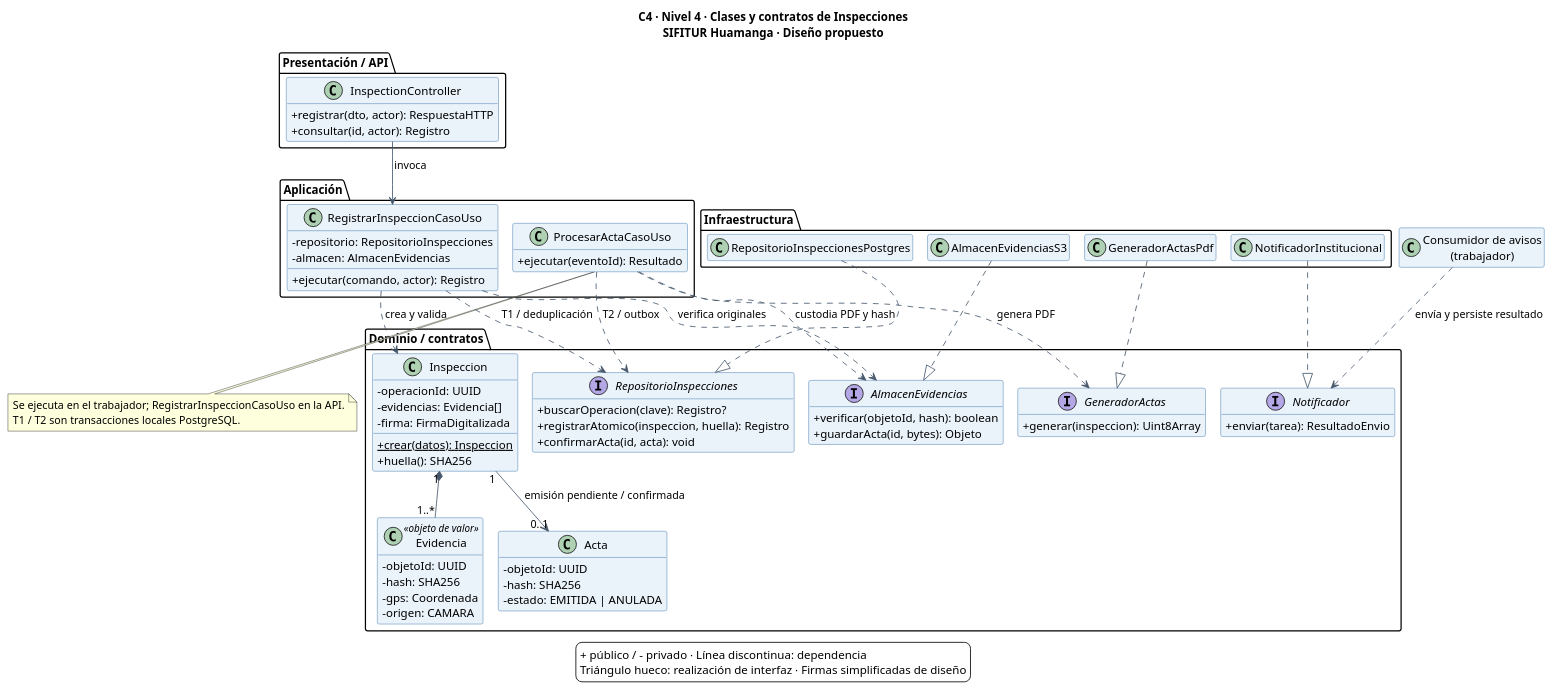
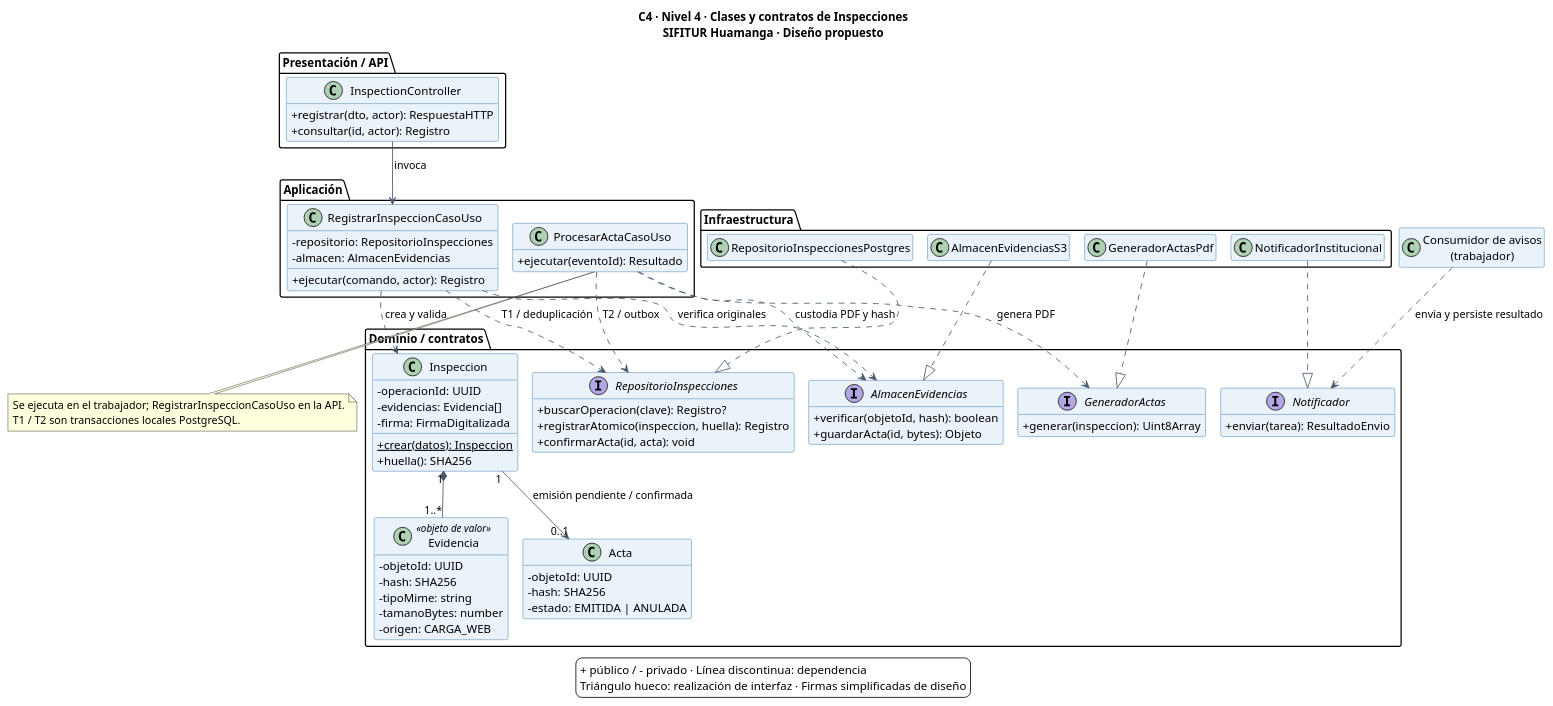
The diagram in diagrams/structurizr/nivel4-clases.puml (PoolDYer/entregableSPRINT01-jeanpoolkennerpalominomavila), drawn with PlantUML before and after one commit. The commit also changed 301 other files, not shown here.

Commit message:
docs: regenerar arquitectura y diagramas para alcance web

```diff
--- a/diagrams/structurizr/nivel4-clases.puml
+++ b/diagrams/structurizr/nivel4-clases.puml
@@ -1,90 +1,91 @@
 @startuml
 !pragma layout smetana
 title C4 · Nivel 4 · Clases y contratos de Inspecciones\nSIFITUR Huamanga · Diseño propuesto
 skinparam backgroundColor #FFFFFF
 skinparam classBackgroundColor #EAF2FA
 skinparam classBorderColor #2463A0
 skinparam ArrowColor #45576B
 skinparam classAttributeIconSize 0
 hide empty members
 package "Presentación / API" {
   class InspectionController {
     +registrar(dto, actor): RespuestaHTTP
     +consultar(id, actor): Registro
   }
 }
 package "Aplicación" {
   class RegistrarInspeccionCasoUso {
     -repositorio: RepositorioInspecciones
     -almacen: AlmacenEvidencias
     +ejecutar(comando, actor): Registro
   }
   class ProcesarActaCasoUso {
     +ejecutar(eventoId): Resultado
   }
 }
 package "Dominio / contratos" {
   class Inspeccion {
     -operacionId: UUID
     -evidencias: Evidencia[]
     -firma: FirmaDigitalizada
     +{static} crear(datos): Inspeccion
     +huella(): SHA256
   }
   class Evidencia <<objeto de valor>> {
     -objetoId: UUID
     -hash: SHA256
-    -gps: Coordenada
-    -origen: CAMARA
+    -tipoMime: string
+    -tamanoBytes: number
+    -origen: CARGA_WEB
   }
   class Acta {
     -objetoId: UUID
     -hash: SHA256
     -estado: EMITIDA | ANULADA
   }
   interface RepositorioInspecciones {
     +buscarOperacion(clave): Registro?
     +registrarAtomico(inspeccion, huella): Registro
     +confirmarActa(id, acta): void
   }
   interface AlmacenEvidencias {
     +verificar(objetoId, hash): boolean
     +guardarActa(id, bytes): Objeto
   }
   interface GeneradorActas {
     +generar(inspeccion): Uint8Array
   }
   interface Notificador {
     +enviar(tarea): ResultadoEnvio
   }
 }
 package "Infraestructura" {
   class RepositorioInspeccionesPostgres
   class AlmacenEvidenciasS3
   class GeneradorActasPdf
   class NotificadorInstitucional
 }
 class "Consumidor de avisos\n(trabajador)" as Avisos
 InspectionController --> RegistrarInspeccionCasoUso : invoca
 RegistrarInspeccionCasoUso ..> Inspeccion : crea y valida
 Inspeccion "1" *-- "1..*" Evidencia
 Inspeccion "1" --> "0..1" Acta : emisión pendiente / confirmada
 RegistrarInspeccionCasoUso ..> RepositorioInspecciones : T1 / deduplicación
 RegistrarInspeccionCasoUso ..> AlmacenEvidencias : verifica originales
 ProcesarActaCasoUso ..> RepositorioInspecciones : T2 / outbox
 ProcesarActaCasoUso ..> AlmacenEvidencias : custodia PDF y hash
 ProcesarActaCasoUso ..> GeneradorActas : genera PDF
 Avisos ..> Notificador : envía y persiste resultado
 RepositorioInspeccionesPostgres ..|> RepositorioInspecciones
 AlmacenEvidenciasS3 ..|> AlmacenEvidencias
 GeneradorActasPdf ..|> GeneradorActas
 NotificadorInstitucional ..|> Notificador
 note bottom of ProcesarActaCasoUso
   Se ejecuta en el trabajador; RegistrarInspeccionCasoUso en la API.
   T1 / T2 son transacciones locales PostgreSQL.
 end note
 legend bottom
   + público / - privado · Línea discontinua: dependencia
   Triángulo hueco: realización de interfaz · Firmas simplificadas de diseño
 endlegend
 @enduml
```
